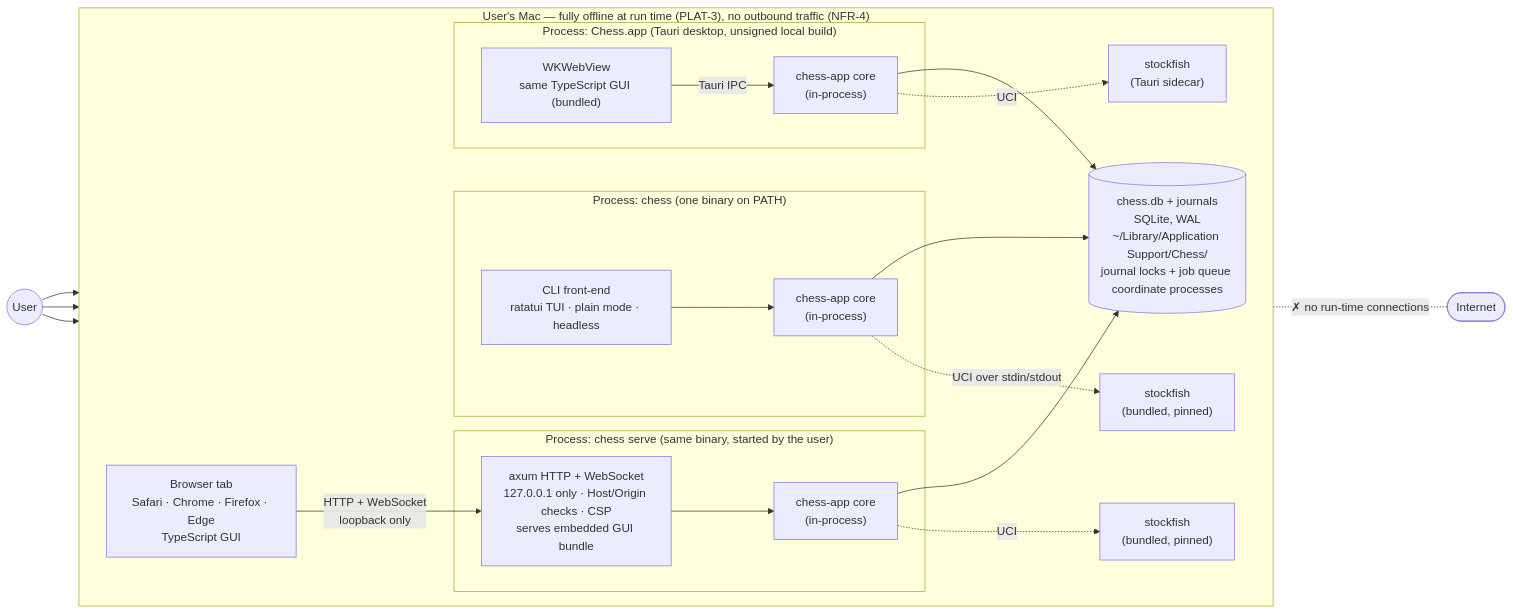
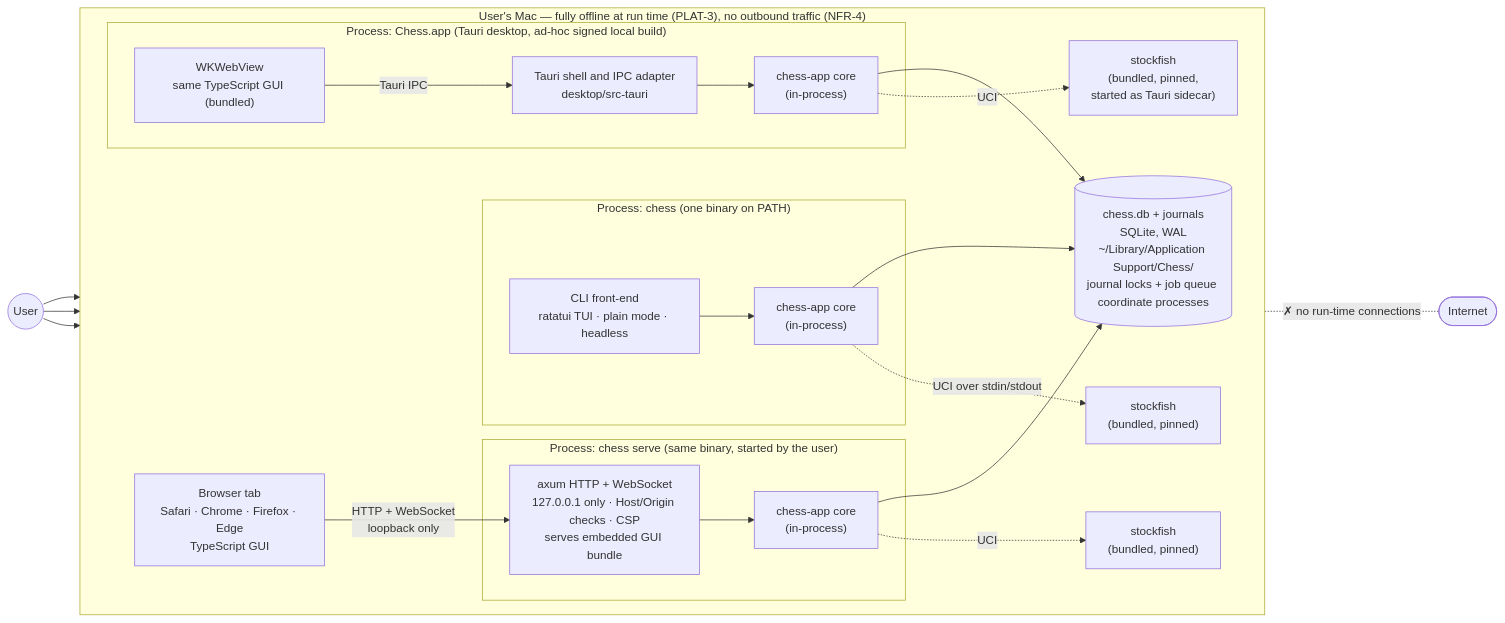
The first of 14 diagrams in docs/architecture.md (bprascher/chess), drawn with Mermaid before and after one commit. The commit also changed other lines of this file and 3 other files, not shown here.

First line of the commit message:
Amend requirements and architecture (Amendments 2 and 3)

````diff
--- a/docs/architecture.md
+++ b/docs/architecture.md
@@ -88,46 +107,48 @@
 ```mermaid
 flowchart LR
     user(("User"))
     internet(["Internet"])
 
     subgraph mac["User's Mac — fully offline at run time (PLAT-3), no outbound traffic (NFR-4)"]
         direction LR
         subgraph p1["Process: chess (one binary on PATH)"]
             cli["CLI front-end<br/>ratatui TUI · plain mode · headless"]
             core1["chess-app core<br/>(in-process)"]
             cli --> core1
         end
 
         subgraph p2["Process: chess serve (same binary, started by the user)"]
             srv["axum HTTP + WebSocket<br/>127.0.0.1 only · Host/Origin checks · CSP<br/>serves embedded GUI bundle"]
             core2["chess-app core<br/>(in-process)"]
             srv --> core2
         end
 
         browser["Browser tab<br/>Safari · Chrome · Firefox · Edge<br/>TypeScript GUI"]
 
-        subgraph p3["Process: Chess.app (Tauri desktop, unsigned local build)"]
+        subgraph p3["Process: Chess.app (Tauri desktop, ad-hoc signed local build)"]
             webview["WKWebView<br/>same TypeScript GUI (bundled)"]
+            tauriShell["Tauri shell and IPC adapter<br/>desktop/src-tauri"]
             core3["chess-app core<br/>(in-process)"]
-            webview -- "Tauri IPC" --> core3
+            webview -- "Tauri IPC" --> tauriShell
+            tauriShell --> core3
         end
 
         db[("chess.db + journals<br/>SQLite, WAL<br/>~/Library/Application Support/Chess/<br/>journal locks + job queue coordinate processes")]
         sf1["stockfish<br/>(bundled, pinned)"]
         sf2["stockfish<br/>(bundled, pinned)"]
-        sf3["stockfish<br/>(Tauri sidecar)"]
+        sf3["stockfish<br/>(bundled, pinned,<br/>started as Tauri sidecar)"]
 
         core1 --> db
         core2 --> db
         core3 --> db
         core1 -. "UCI over stdin/stdout" .-> sf1
         core2 -. "UCI" .-> sf2
         core3 -. "UCI" .-> sf3
     end
 
     user --> cli
     user --> browser
     user --> webview
     browser -- "HTTP + WebSocket<br/>loopback only" --> srv
     mac -. "✗ no run-time connections" .- internet
 ```
````
